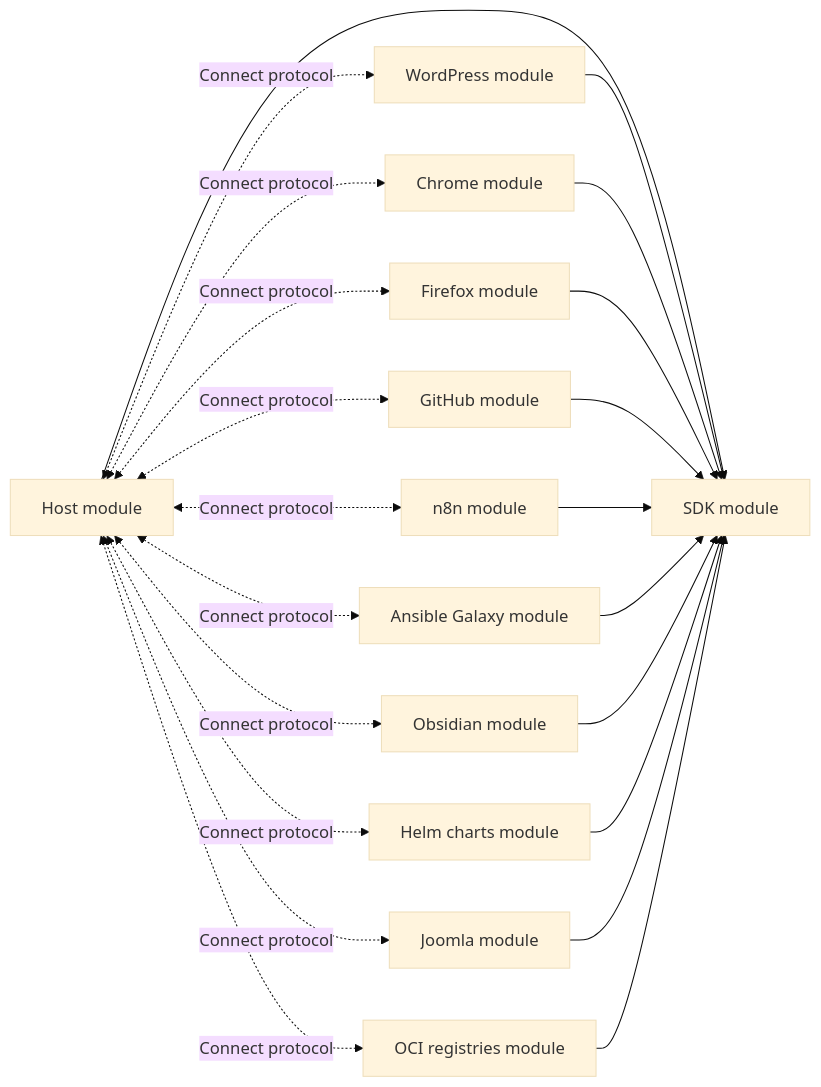
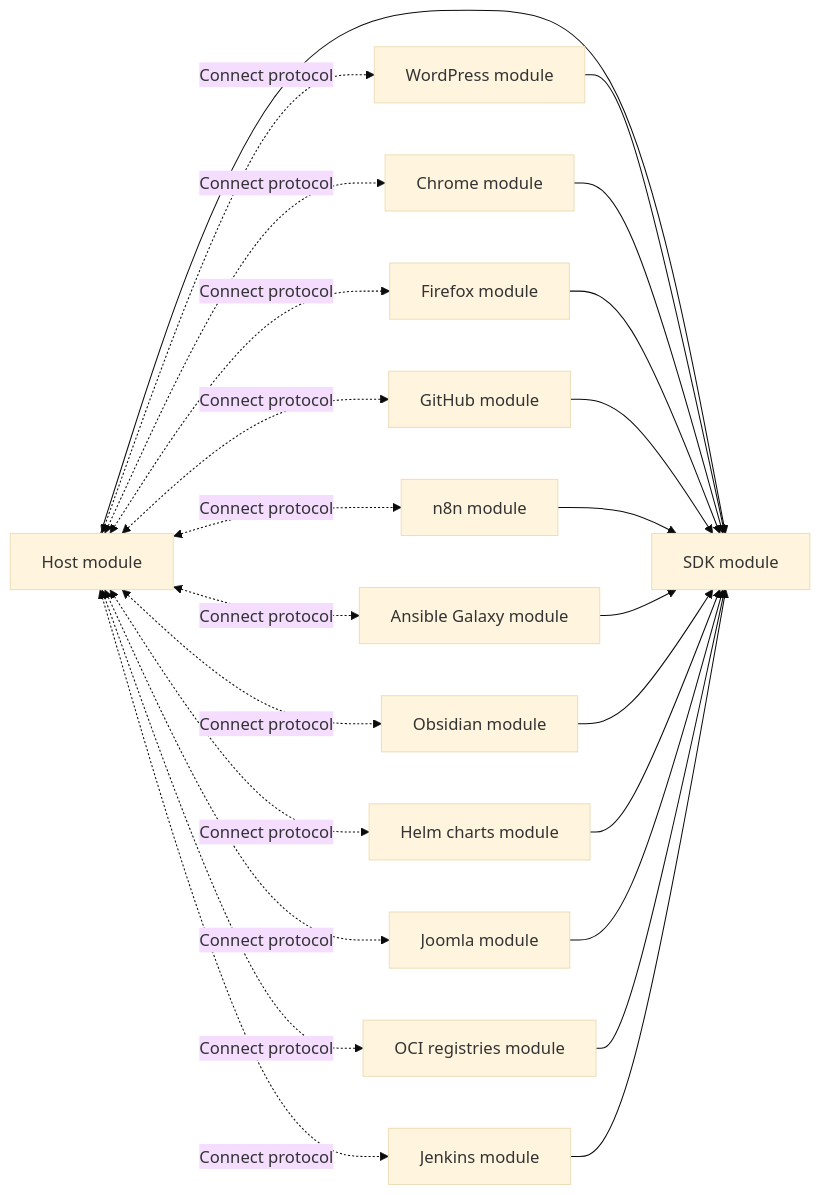
The diagram in docs/monorepo.md (rezen/dug), drawn with Mermaid (base theme) before and after one commit. The commit also changed other lines of this file and 30 other files, not shown here.

````diff
--- a/docs/monorepo.md
+++ b/docs/monorepo.md
@@ -23,24 +24,26 @@
 ```mermaid
 flowchart LR
     Host[Host module] --> SDK[SDK module]
     WP[WordPress module] --> SDK
     Chrome[Chrome module] --> SDK
     Firefox[Firefox module] --> SDK
     GitHub[GitHub module] --> SDK
     N8N[n8n module] --> SDK
     AnsibleGalaxy[Ansible Galaxy module] --> SDK
     Obsidian[Obsidian module] --> SDK
     Helmcharts[Helm charts module] --> SDK
     Joomla[Joomla module] --> SDK
     OCIregistries[OCI registries module] --> SDK
+    Jenkins[Jenkins module] --> SDK
     Host <-. Connect protocol .-> WP
     Host <-. Connect protocol .-> Chrome
     Host <-. Connect protocol .-> Firefox
     Host <-. Connect protocol .-> GitHub
     Host <-. Connect protocol .-> N8N
     Host <-. Connect protocol .-> AnsibleGalaxy
     Host <-. Connect protocol .-> Obsidian
     Host <-. Connect protocol .-> Helmcharts
     Host <-. Connect protocol .-> Joomla
     Host <-. Connect protocol .-> OCIregistries
+    Host <-. Connect protocol .-> Jenkins
 ```
````
